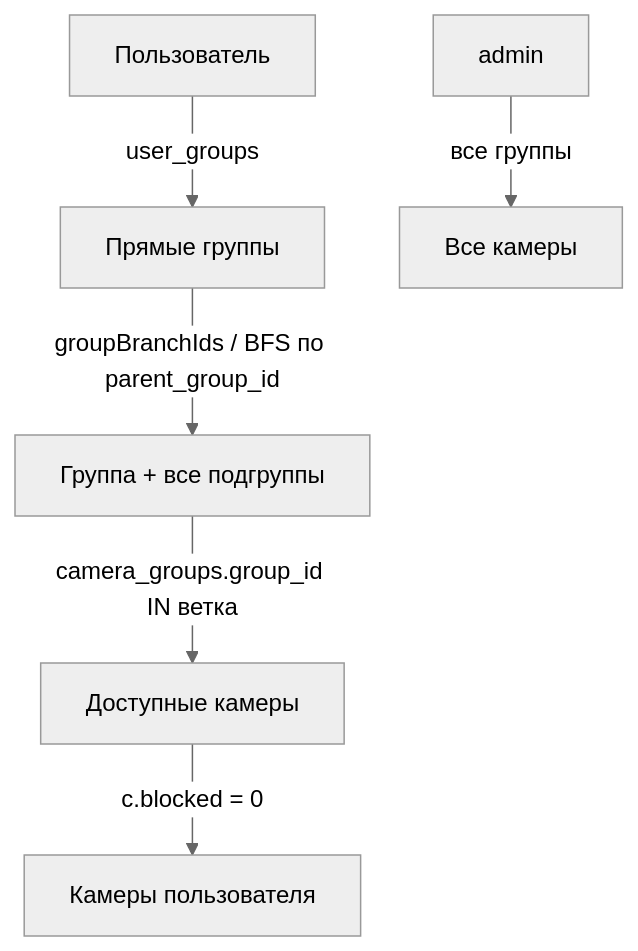
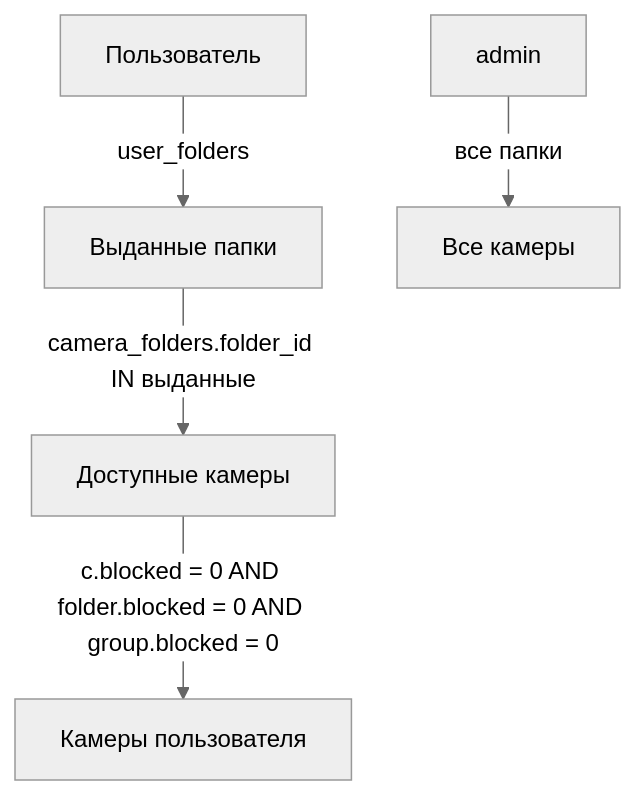
The second of 2 diagrams in docs/data-model-groups-users-cameras.ru.md (rosteleset/SesamePortal), drawn with Mermaid (neutral theme) before and after one commit. The commit also changed other lines of this file and 34 other files, not shown here.

````diff
--- a/docs/data-model-groups-users-cameras.ru.md
+++ b/docs/data-model-groups-users-cameras.ru.md
@@ -75,8 +100,7 @@
 ```mermaid
 flowchart TD
-    A[Пользователь] -->|user_groups| B[Прямые группы]
-    B -->|groupBranchIds / BFS по parent_group_id| C[Группа + все подгруппы]
-    C -->|camera_groups.group_id IN ветка| D[Доступные камеры]
-    D -->|c.blocked = 0| E[Камеры пользователя]
-    A2[admin] -->|все группы| D2[Все камеры]
+    A[Пользователь] -->|user_folders| B[Выданные папки]
+    B -->|camera_folders.folder_id IN выданные| C[Доступные камеры]
+    C -->|c.blocked = 0 AND folder.blocked = 0 AND group.blocked = 0| D[Камеры пользователя]
+    A2[admin] -->|все папки| D2[Все камеры]
 ```
````
